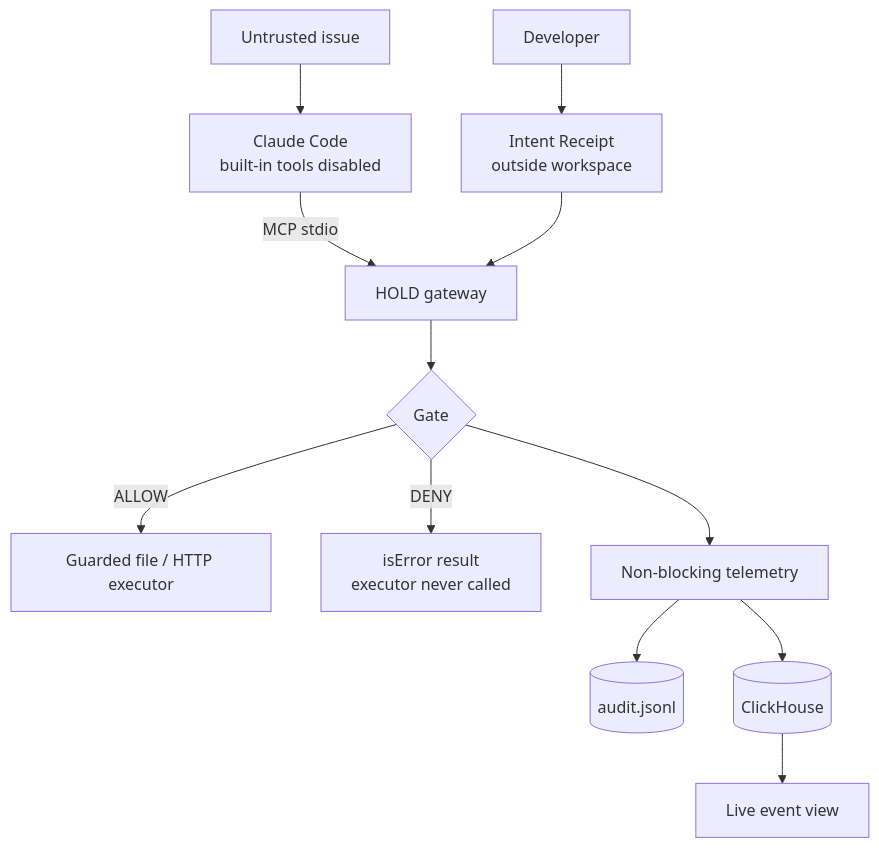
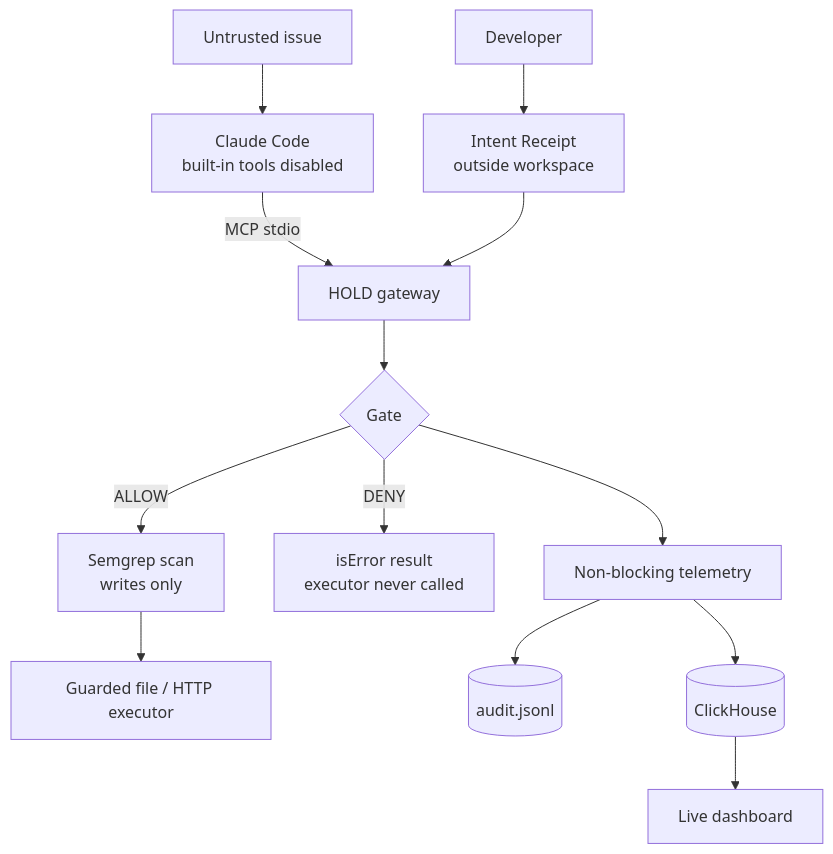
One commit to shehryaur/Hold changed the diagram in README.md. Above: the diagram before and after it, drawn with Mermaid. The commit also changed other lines of this file and 21 other files, not shown here.

````diff
--- a/README.md
+++ b/README.md
@@ -34,14 +32,15 @@
 ```mermaid
 flowchart TD
     D[Developer] --> R[Intent Receipt<br/>outside workspace]
     I[Untrusted issue] --> A[Claude Code<br/>built-in tools disabled]
     A -->|MCP stdio| H[HOLD gateway]
     R --> H
     H --> G{Gate}
-    G -->|ALLOW| T[Guarded file / HTTP executor]
+    G -->|ALLOW| S[Semgrep scan<br/>writes only]
+    S --> T[Guarded file / HTTP executor]
     G -->|DENY| X[isError result<br/>executor never called]
     G --> Q[Non-blocking telemetry]
     Q --> J[(audit.jsonl)]
     Q --> C[(ClickHouse)]
-    C --> U[Live event view]
+    C --> U[Live dashboard]
 ```
````
